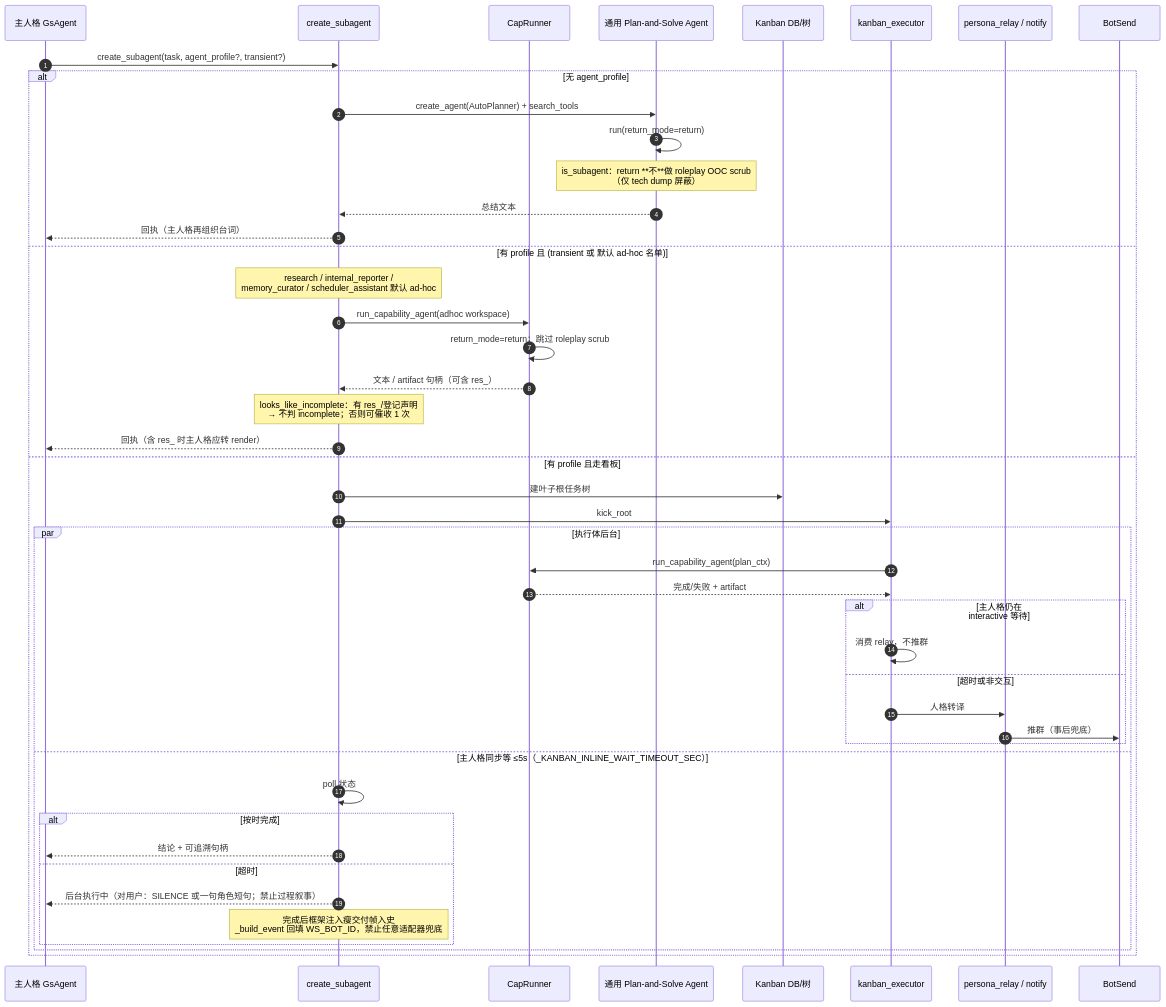
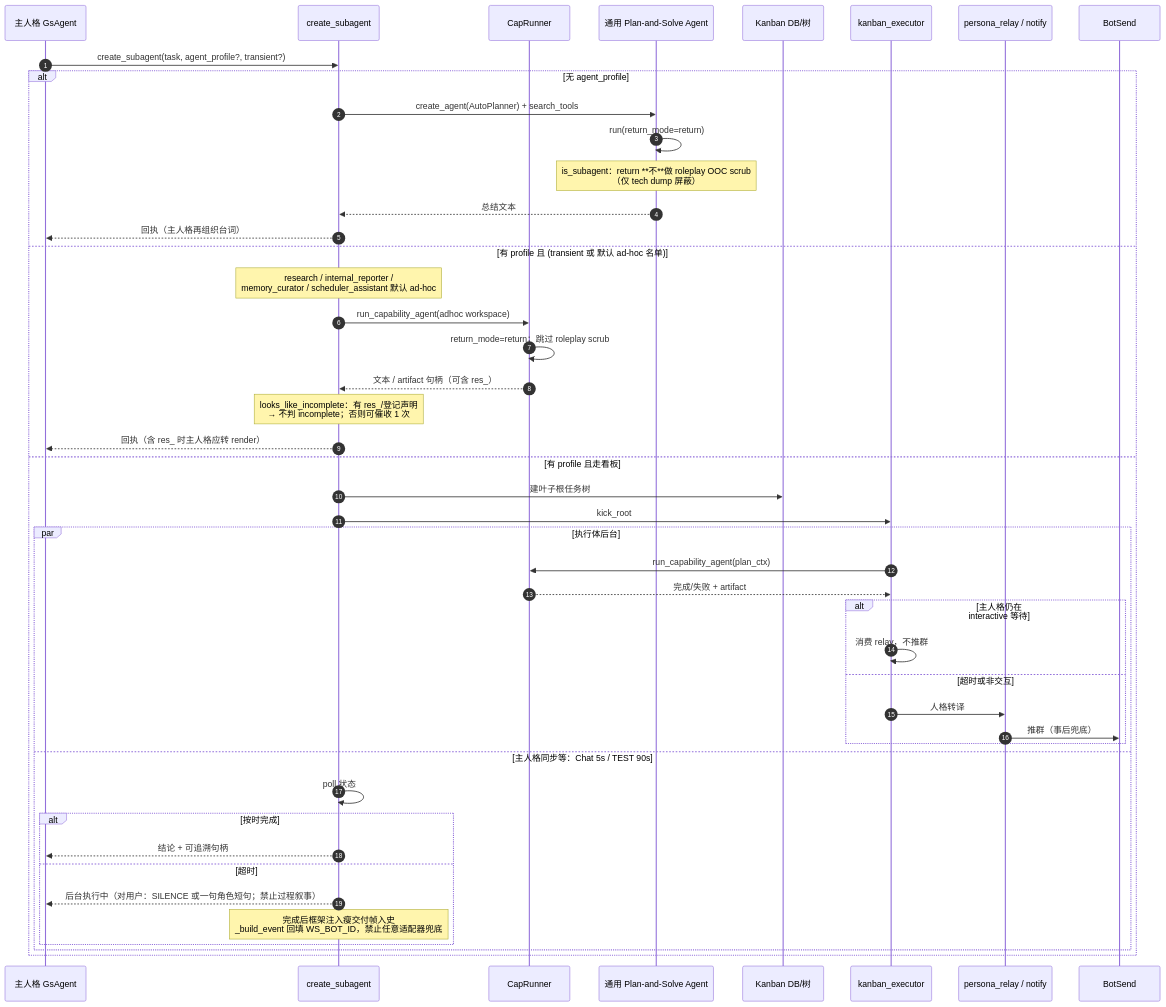
One commit to Genshin-bots/gsuid_core changed the seventh of 10 diagrams in docs/AI_AGENT_LIFECYCLE_SEQUENCE.md. Above: the diagram before and after it, drawn with Mermaid. The commit also changed other lines of this file and 61 other files, not shown here.

````diff
--- a/docs/AI_AGENT_LIFECYCLE_SEQUENCE.md
+++ b/docs/AI_AGENT_LIFECYCLE_SEQUENCE.md
@@ -590,50 +643,50 @@
 ```mermaid
 sequenceDiagram
     autonumber
     participant GsAgent as 主人格 GsAgent
     participant SubTool as create_subagent
     participant Cap as CapRunner
     participant Plan as 通用 Plan-and-Solve Agent
     participant Kanban as Kanban DB/树
     participant Exec as kanban_executor
     participant Relay as persona_relay / notify
     participant BotSend
 
     GsAgent->>SubTool: create_subagent(task, agent_profile?, transient?)
 
     alt 无 agent_profile
         SubTool->>Plan: create_agent(AutoPlanner) + search_tools
         Plan->>Plan: run(return_mode=return)
         Note over Plan: is_subagent：return **不**做 roleplay OOC scrub<br/>（仅 tech dump 屏蔽）
         Plan-->>SubTool: 总结文本
         SubTool-->>GsAgent: 回执（主人格再组织台词）
     else 有 profile 且 (transient 或 默认 ad-hoc 名单)
         Note over SubTool: research / internal_reporter /<br/>memory_curator / scheduler_assistant 默认 ad-hoc
         SubTool->>Cap: run_capability_agent(adhoc workspace)
         Cap->>Cap: return_mode=return；跳过 roleplay scrub
         Cap-->>SubTool: 文本 / artifact 句柄（可含 res_）
         Note over SubTool: looks_like_incomplete：有 res_/登记声明<br/>→ 不判 incomplete；否则可催收 1 次
         SubTool-->>GsAgent: 回执（含 res_ 时主人格应转 render）
     else 有 profile 且走看板
         SubTool->>Kanban: 建叶子根任务树
         SubTool->>Exec: kick_root
         par 执行体后台
             Exec->>Cap: run_capability_agent(plan_ctx)
             Cap-->>Exec: 完成/失败 + artifact
             alt 主人格仍在 interactive 等待
                 Exec->>Exec: 消费 relay，不推群
             else 超时或非交互
                 Exec->>Relay: 人格转译
                 Relay->>BotSend: 推群（事后兜底）
             end
-        and 主人格同步等 ≤5s（_KANBAN_INLINE_WAIT_TIMEOUT_SEC）
+        and 主人格同步等：Chat 5s / TEST 90s
             SubTool->>SubTool: poll 状态
             alt 按时完成
                 SubTool-->>GsAgent: 结论 + 可追溯句柄
             else 超时
                 SubTool-->>GsAgent: 后台执行中（对用户：SILENCE 或一句角色短句；禁止过程叙事）
                 Note over SubTool: 完成后框架注入瘦交付帧入史<br/>_build_event 回填 WS_BOT_ID，禁止任意适配器兜底
             end
         end
     end
 ```
````
